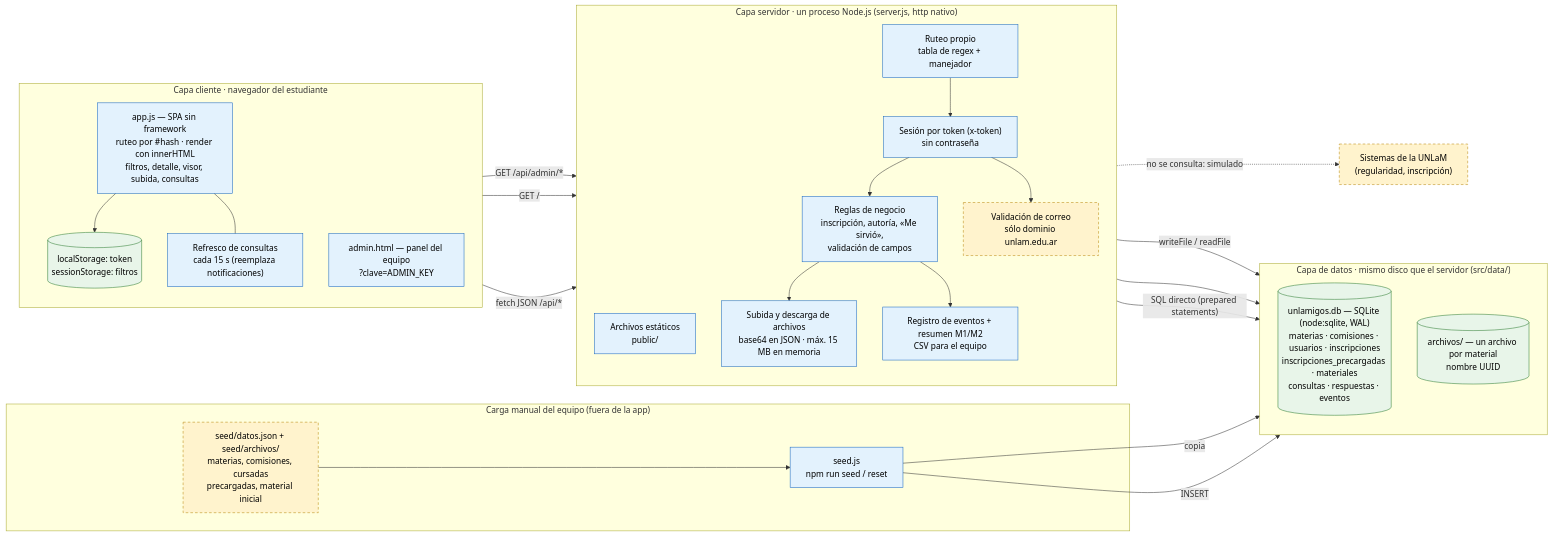
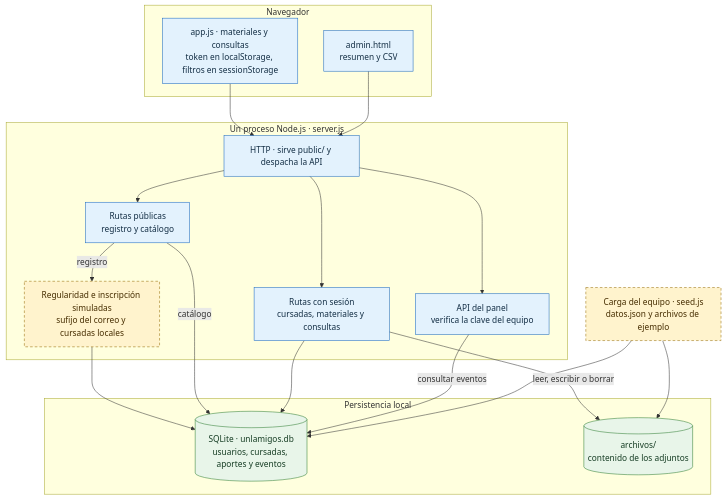
Before and after one commit to gadsii-unlam/gadsii-Bananza: the first of 2 diagrams in docs/arquitectura/tp6-arquitectura.md, drawn with Mermaid. The commit also changed other lines of this file and 3 other files, not shown here.

Commit message:
docs(tp6): revisar arquitectura y agregar contexto para el equipo

````diff
--- a/docs/arquitectura/tp6-arquitectura.md
+++ b/docs/arquitectura/tp6-arquitectura.md
@@ -15,55 +11,35 @@
 ```mermaid
-flowchart LR
-  classDef sim fill:#fff3cd,stroke:#b8860b,stroke-dasharray:5 4,color:#000
-  classDef built fill:#e3f2fd,stroke:#1565c0,color:#000
-  classDef data fill:#e8f5e9,stroke:#2e7d32,color:#000
-
-  subgraph NAV["Capa cliente · navegador del estudiante"]
-    direction TB
-    APP["app.js — SPA sin framework<br/>ruteo por #hash · render con innerHTML<br/>filtros, detalle, visor, subida, consultas"]:::built
-    LS[("localStorage: token<br/>sessionStorage: filtros")]:::data
-    POLL["Refresco de consultas<br/>cada 15 s (reemplaza notificaciones)"]:::built
-    ADM["admin.html — panel del equipo<br/>?clave=ADMIN_KEY"]:::built
-    APP --> LS
-    APP --- POLL
+flowchart TB
+  classDef built fill:#e3f2fd,stroke:#1565c0,color:#142f45
+  classDef sim fill:#fff3cd,stroke:#946900,stroke-dasharray:5 4,color:#462d00
+  classDef data fill:#e8f5e9,stroke:#2e7d32,color:#163d24
+  subgraph NAV["Navegador"]
+    APP["app.js · materiales y consultas<br/>token en localStorage, filtros en sessionStorage"]:::built
+    ADM["admin.html<br/>resumen y CSV"]:::built
   end
-
-  subgraph SRV["Capa servidor · un proceso Node.js (server.js, http nativo)"]
-    direction TB
-    STATIC["Archivos estáticos<br/>public/"]:::built
-    ROUTER["Ruteo propio<br/>tabla de regex + manejador"]:::built
-    AUTH["Sesión por token (x-token)<br/>sin contraseña"]:::built
-    DOM["Validación de correo<br/>sólo dominio unlam.edu.ar"]:::sim
-    REG["Reglas de negocio<br/>inscripción, autoría, «Me sirvió»,<br/>validación de campos"]:::built
-    FILES["Subida y descarga de archivos<br/>base64 en JSON · máx. 15 MB en memoria"]:::built
-    EVT["Registro de eventos + resumen M1/M2<br/>CSV para el equipo"]:::built
-    ROUTER --> AUTH --> REG
-    AUTH --> DOM
-    REG --> FILES
-    REG --> EVT
+  subgraph SRV["Un proceso Node.js · server.js"]
+    HTTP["HTTP · sirve public/ y despacha la API"]:::built
+    PUB["Rutas públicas<br/>registro y catálogo"]:::built
+    SES["Rutas con sesión<br/>cursadas, materiales y consultas"]:::built
+    MET["API del panel<br/>verifica la clave del equipo"]:::built
+    ID["Regularidad e inscripción simuladas<br/>sufijo del correo y cursadas locales"]:::sim
   end
-
-  subgraph DATA["Capa de datos · mismo disco que el servidor (src/data/)"]
-    direction TB
-    DB[("unlamigos.db — SQLite (node:sqlite, WAL)<br/>materias · comisiones · usuarios · inscripciones<br/>inscripciones_precargadas · materiales<br/>consultas · respuestas · eventos")]:::data
-    FS[("archivos/ — un archivo por material<br/>nombre UUID")]:::data
+  subgraph DAT["Persistencia local"]
+    DB[("SQLite · unlamigos.db<br/>usuarios, cursadas, aportes y eventos")]:::data
+    FS[("archivos/<br/>contenido de los adjuntos")]:::data
   end
-
-  subgraph SEED["Carga manual del equipo (fuera de la app)"]
-    JSON["seed/datos.json + seed/archivos/<br/>materias, comisiones, cursadas<br/>precargadas, material inicial"]:::sim
-    SEEDJS["seed.js<br/>npm run seed / reset"]:::built
-    JSON --> SEEDJS
-  end
-
-  APP -- "fetch JSON /api/*" --> ROUTER
-  APP -- "GET /" --> STATIC
-  ADM -- "GET /api/admin/*" --> EVT
-  REG -- "SQL directo (prepared statements)" --> DB
-  EVT --> DB
-  FILES -- "writeFile / readFile" --> FS
-  SEEDJS -- "INSERT" --> DB
-  SEEDJS -- "copia" --> FS
-
-  UNLAM["Sistemas de la UNLaM<br/>(regularidad, inscripción)"]:::sim
-  DOM -. "no se consulta: simulado" .-> UNLAM
+  SEED["Carga del equipo · seed.js<br/>datos.json y archivos de ejemplo"]:::sim
+  APP --> HTTP
+  ADM --> HTTP
+  HTTP --> PUB
+  HTTP --> SES
+  HTTP --> MET
+  PUB -->|registro| ID
+  ID --> DB
+  PUB -->|catálogo| DB
+  SES --> DB
+  SES -->|leer, escribir o borrar| FS
+  MET -->|consultar eventos| DB
+  SEED --> DB
+  SEED --> FS
 ```
````
